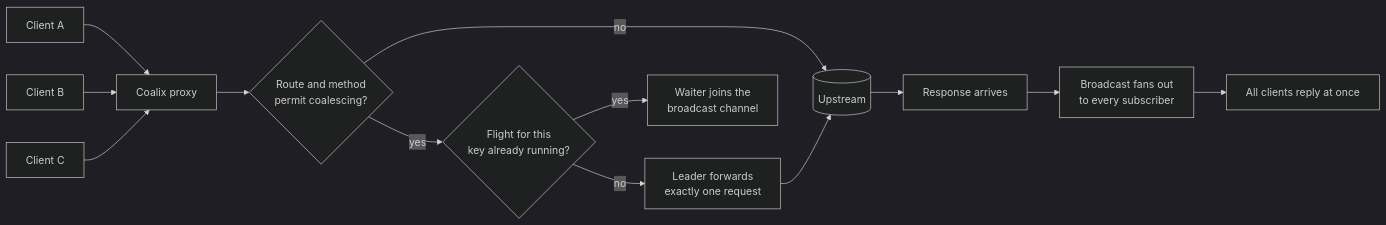
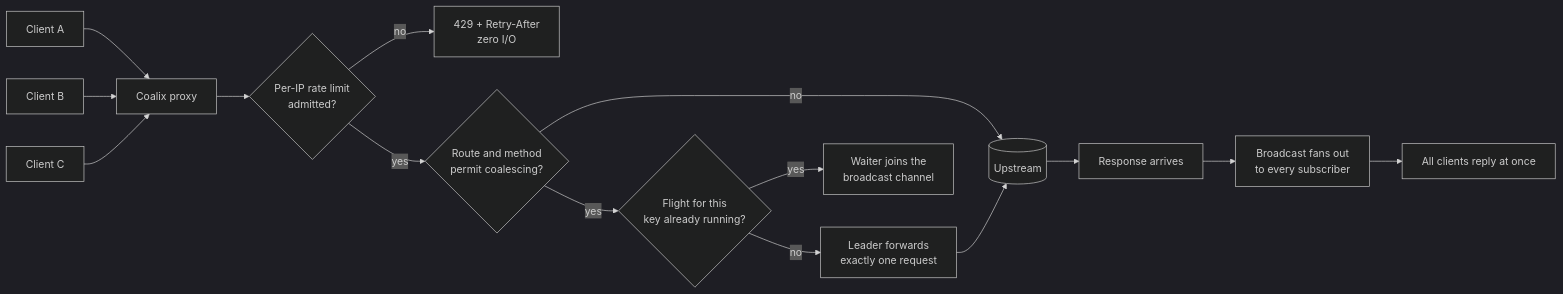
The first of 2 diagrams in README.md (5kez/coalix), drawn with Mermaid (dark theme) before and after one commit. The commit also changed other lines of this file and 3 other files, not shown here.

Commit message:
docs: true-pipeline diagrams, ops/deployment guide, README contract tests

````diff
--- a/README.md
+++ b/README.md
@@ -67,15 +69,17 @@
 ```mermaid
 flowchart LR
     A[Client A] --> P[Coalix proxy]
     B[Client B] --> P
     C[Client C] --> P
-    P --> R{Route and method<br/>permit coalescing?}
+    P --> RL{Per-IP rate limit<br/>admitted?}
+    RL -- no --> N429[429 + Retry-After<br/>zero I/O]
+    RL -- yes --> R{Route and method<br/>permit coalescing?}
     R -- no --> U[(Upstream)]
     R -- yes --> K{Flight for this<br/>key already running?}
     K -- yes --> W[Waiter joins the<br/>broadcast channel]
     K -- no --> L[Leader forwards<br/>exactly one request]
     L --> U
     U --> S[Response arrives]
     S --> D[Broadcast fans out<br/>to every subscriber]
     D --> CP[All clients reply at once]
 ```
````
